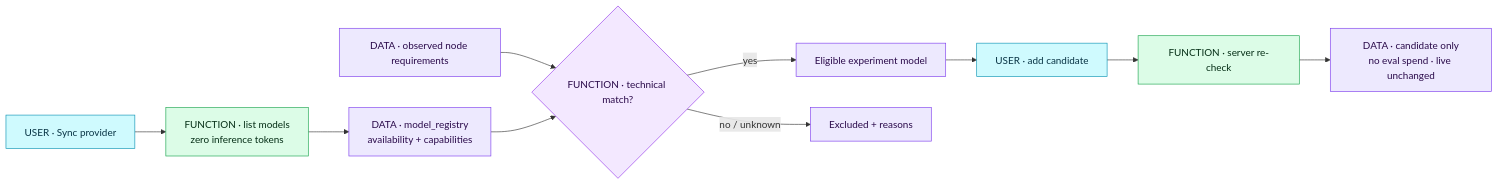
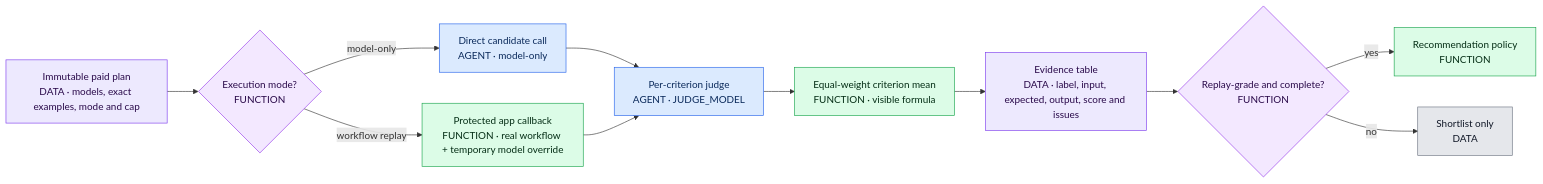
One commit to APareek89/blindspot changed the second of 2 diagrams in docs/ARCHITECTURE_FLOW.md. Above: the diagram before and after it, drawn with Mermaid. The commit also changed other lines of this file and 70 other files, not shown here.

Commit message:
feat: make eval evidence truthful and deployable

````diff
--- a/docs/ARCHITECTURE_FLOW.md
+++ b/docs/ARCHITECTURE_FLOW.md
@@ -146,16 +73,26 @@
 ```mermaid
 flowchart LR
-  SYNC["USER · Sync provider"]:::ask --> LIST["FUNCTION · list models<br/>zero inference tokens"]:::fn
-  LIST --> REG["DATA · model_registry<br/>availability + capabilities"]:::data
-  REQ["DATA · observed node requirements"]:::data --> MATCH{"FUNCTION · technical match?"}:::dec
-  REG --> MATCH
-  MATCH -- "yes" --> ELIGIBLE["Eligible experiment model"]:::data
-  MATCH -- "no / unknown" --> EXCLUDED["Excluded + reasons"]:::data
-  ELIGIBLE --> ADD["USER · add candidate"]:::ask --> GUARD["FUNCTION · server re-check"]:::fn
-  GUARD --> SAFE["DATA · candidate only<br/>no eval spend · live unchanged"]:::data
+  P["Immutable paid plan<br/>DATA · models, exact examples, mode and cap"]:::data
+  M{"Execution mode?<br/>FUNCTION"}:::dec
+  D["Direct candidate call<br/>AGENT · model-only"]:::agent
+  R["Protected app callback<br/>FUNCTION · real workflow + temporary model override"]:::fn
+  J["Per-criterion judge<br/>AGENT · JUDGE_MODEL"]:::agent
+  S["Equal-weight criterion mean<br/>FUNCTION · visible formula"]:::fn
+  T["Evidence table<br/>DATA · label, input, expected, output, score and issues"]:::data
+  G{"Replay-grade and complete?<br/>FUNCTION"}:::dec
+  N["Recommendation policy<br/>FUNCTION"]:::fn
+  X["Shortlist only<br/>DATA"]:::term
 
+  P --> M
+  M -- "model-only" --> D --> J
+  M -- "workflow replay" --> R --> J
+  J --> S --> T --> G
+  G -- "yes" --> N
+  G -- "no" --> X
+
+  classDef agent fill:#dbeafe,stroke:#2563eb,color:#0b2a5b;
   classDef fn fill:#dcfce7,stroke:#16a34a,color:#052e16;
   classDef dec fill:#f3e8ff,stroke:#9333ea,color:#2a0a4a;
+  classDef term fill:#e5e7eb,stroke:#6b7280,color:#111827;
   classDef data fill:#ede9fe,stroke:#7c3aed,color:#2a0a4a;
-  classDef ask fill:#cffafe,stroke:#0891b2,color:#083344;
 ```
````
